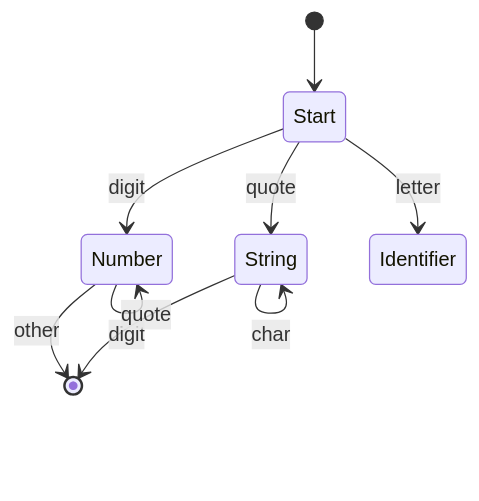
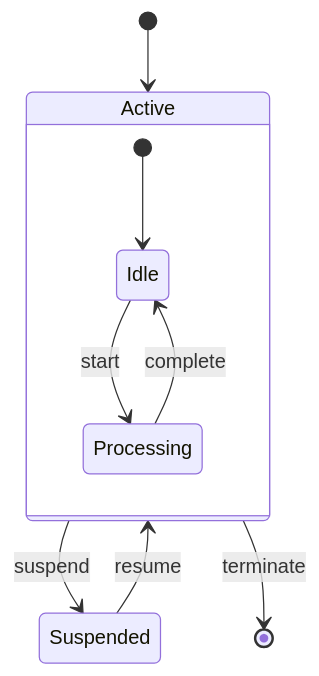
Before and after one commit to runkids/claude-skill-registry: diagram 14 of 56 in skills/data/mermaid-diagrams/SKILL.md, drawn with Mermaid. The commit also changed other lines of this file and 29822 other files, not shown here.

````diff
--- a/skills/data/mermaid-diagrams/SKILL.md
+++ b/skills/data/mermaid-diagrams/SKILL.md
@@ -55,11 +372,14 @@
 ```mermaid
 stateDiagram-v2
-    [*] --> Start
-    Start --> Number: digit
-    Start --> String: quote
-    Start --> Identifier: letter
-    Number --> Number: digit
-    Number --> [*]: other
-    String --> String: char
-    String --> [*]: quote
+    [*] --> Active
+
+    state Active {
+        [*] --> Idle
+        Idle --> Processing : start
+        Processing --> Idle : complete
+    }
+
+    Active --> Suspended : suspend
+    Suspended --> Active : resume
+    Active --> [*] : terminate
 ```
````
